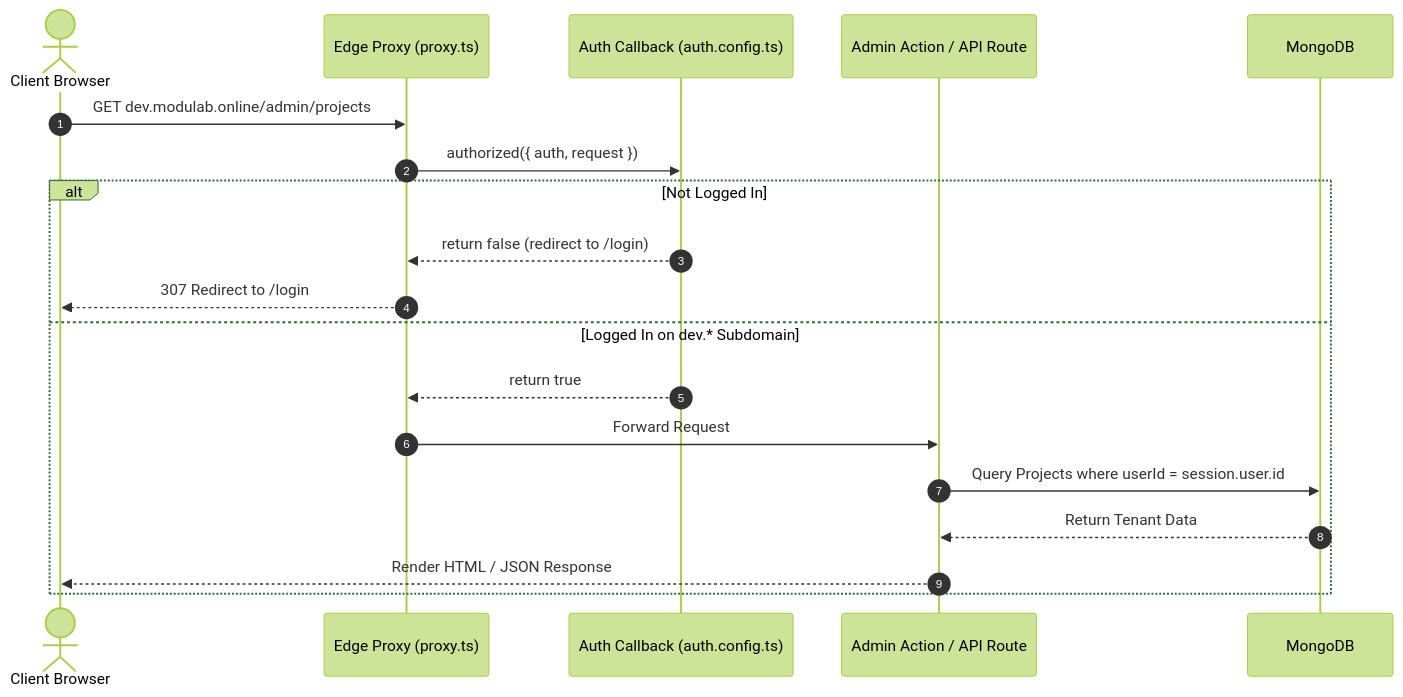
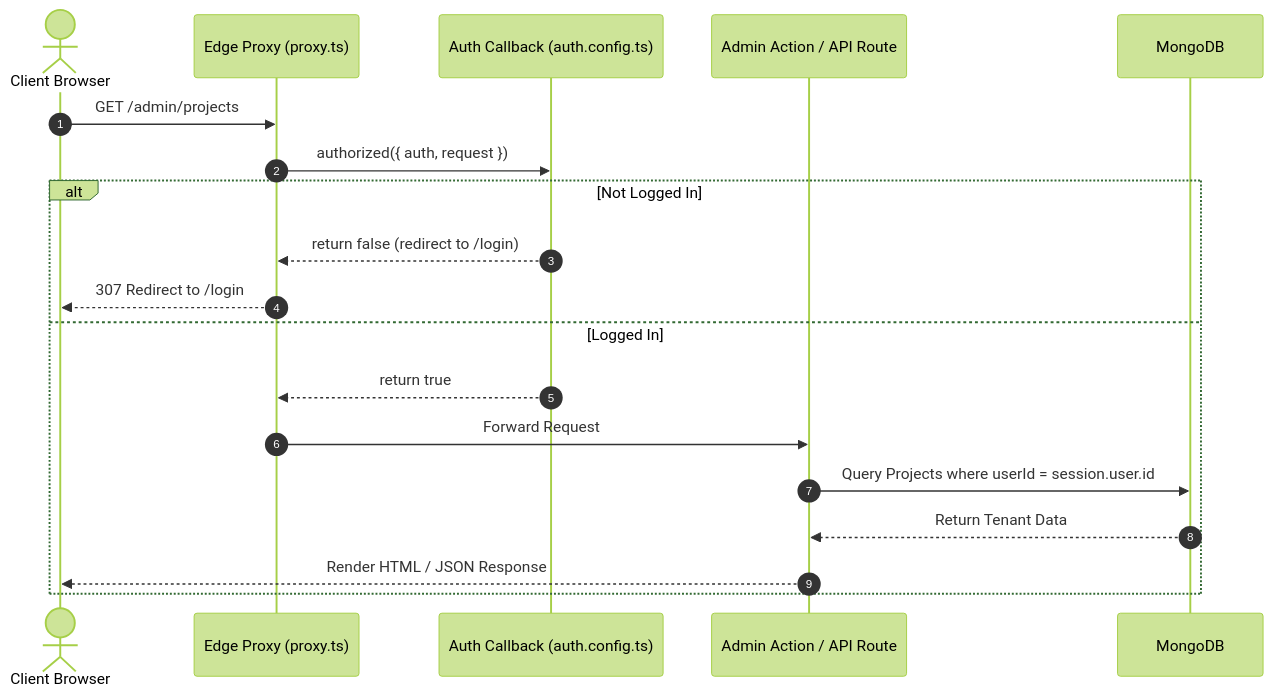
One commit to harishghorui/modulab-portfolio changed the fifth of 6 diagrams in docs/architecture/ARCHITECTURE.md. Above: the diagram before and after it, drawn with Mermaid (forest theme). The commit also changed other lines of this file and 14 other files, not shown here.

````diff
--- a/docs/architecture/ARCHITECTURE.md
+++ b/docs/architecture/ARCHITECTURE.md
@@ -284,22 +272,22 @@
 ```mermaid
 sequenceDiagram
     autonumber
     actor User as Client Browser
     participant Proxy as Edge Proxy (proxy.ts)
     participant AuthConfig as Auth Callback (auth.config.ts)
     participant ServerAction as Admin Action / API Route
     participant DB as MongoDB
 
-    User->>Proxy: GET dev.modulab.online/admin/projects
+    User->>Proxy: GET /admin/projects
     Proxy->>AuthConfig: authorized({ auth, request })
     alt Not Logged In
         AuthConfig-->>Proxy: return false (redirect to /login)
         Proxy-->>User: 307 Redirect to /login
-    else Logged In on dev.* Subdomain
+    else Logged In
         AuthConfig-->>Proxy: return true
         Proxy->>ServerAction: Forward Request
         ServerAction->>DB: Query Projects where userId = session.user.id
         DB-->>ServerAction: Return Tenant Data
         ServerAction-->>User: Render HTML / JSON Response
     end
 ```
````
